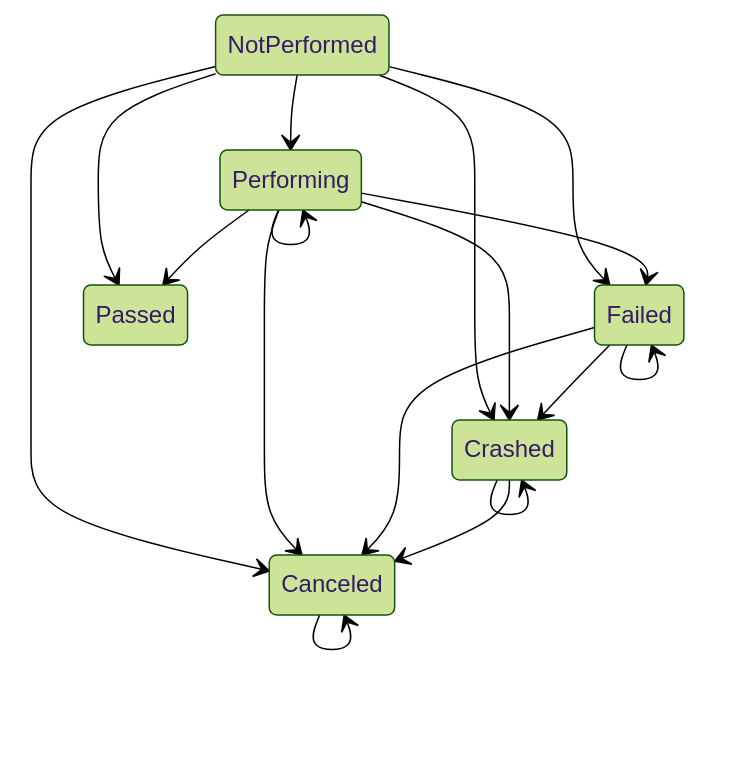
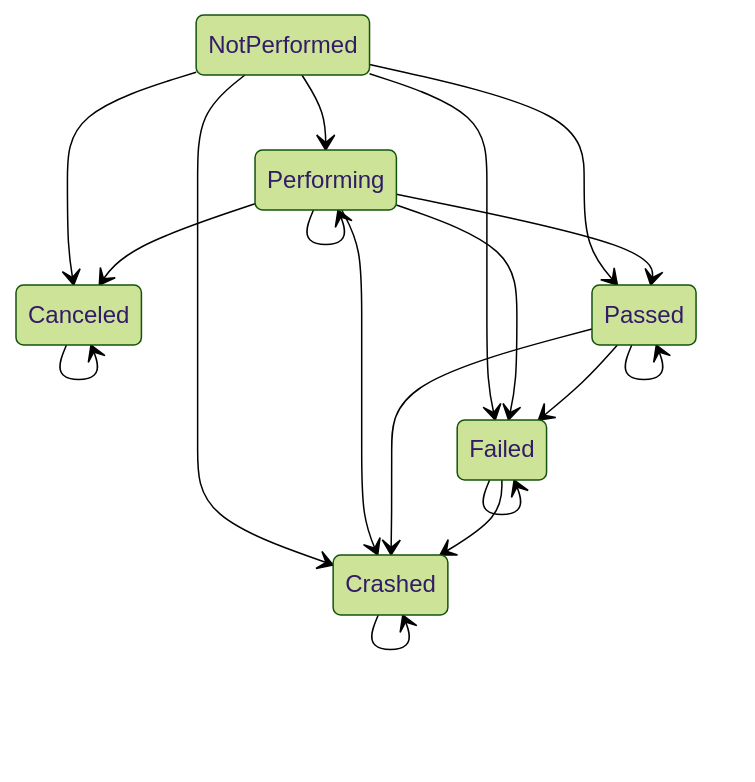
One commit to harpyd/thestis changed the fourth of 4 diagrams in README.md. Above: the diagram before and after it, drawn with Mermaid (forest theme). The commit also changed other lines of this file, not shown here.

````diff
--- a/README.md
+++ b/README.md
@@ -151,23 +156,25 @@
 ```mermaid
 stateDiagram-v2
     Canceled --> Canceled
 
     Crashed --> Crashed
-    Crashed --> Canceled
 
     Failed --> Failed
     Failed --> Crashed
-    Failed --> Canceled
+
+    Passed --> Passed
+    Passed --> Failed
+    Passed --> Crashed
 
     Performing --> Performing
     Performing --> Passed
     Performing --> Failed
     Performing --> Crashed
     Performing --> Canceled
 
     NotPerformed --> Performing
     NotPerformed --> Passed
     NotPerformed --> Failed
     NotPerformed --> Crashed
     NotPerformed --> Canceled
 ```
````
